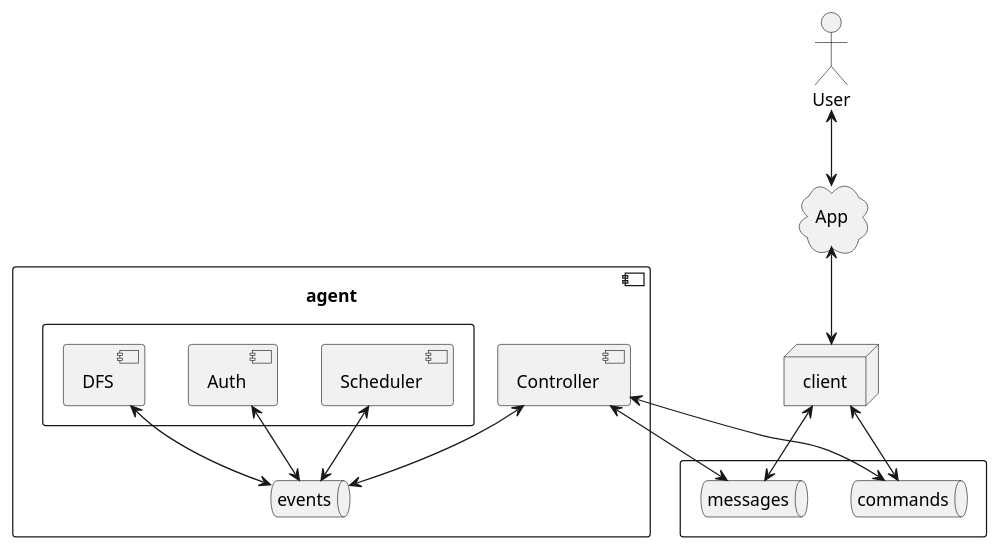
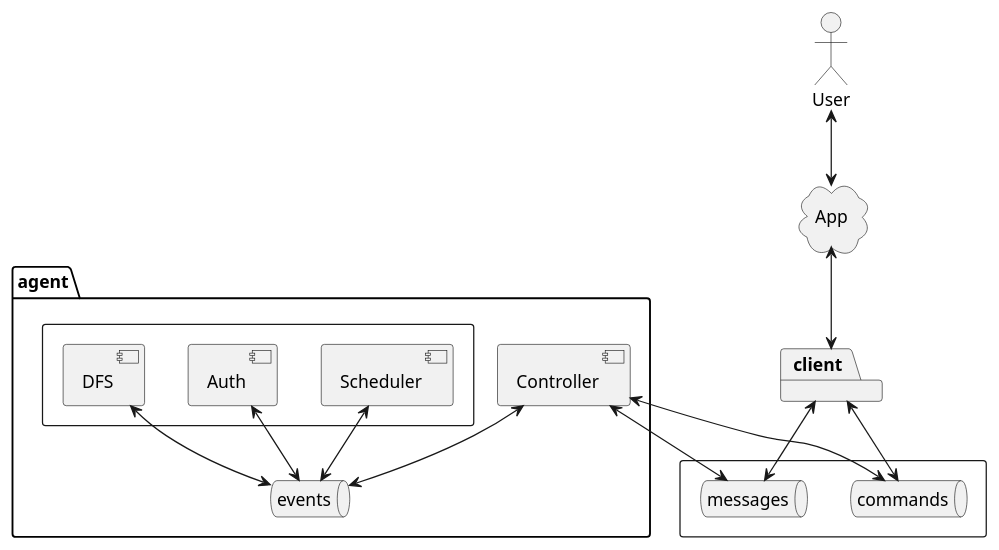
Before and after one commit to saratoga8/motion_notifier: the diagram in docs/use_cases/events.puml, drawn with PlantUML. The commit also changed 2 other files, not shown here.

```diff
--- a/docs/use_cases/events.puml
+++ b/docs/use_cases/events.puml
@@ -1,39 +1,39 @@
 @startuml
 'https://plantuml.com/deployment-diagram
 
 
 
 cloud App
 actor User
-node client
+package client
 
 
-component agent {
+package agent {
   component Controller
   queue events
 
   rectangle {
     component DFS
     component Auth
     component Scheduler
   }
 
   Auth <-> events
   DFS <-> events
   Scheduler <-down-> events
   Controller <-down-> events
 }
 
 rectangle {
   queue commands
   queue messages
 }
 
 User <-down-> App
 App <-down-> client
 client <-> commands
 commands <-> Controller
 Controller <-down-> messages
 client <-down-> messages
 
 @enduml
```
